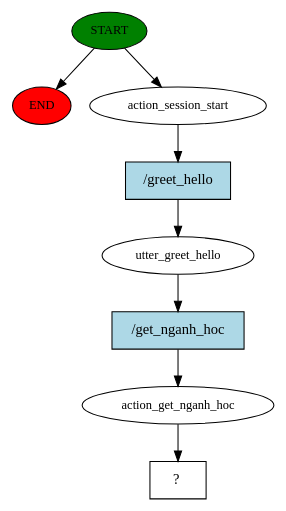
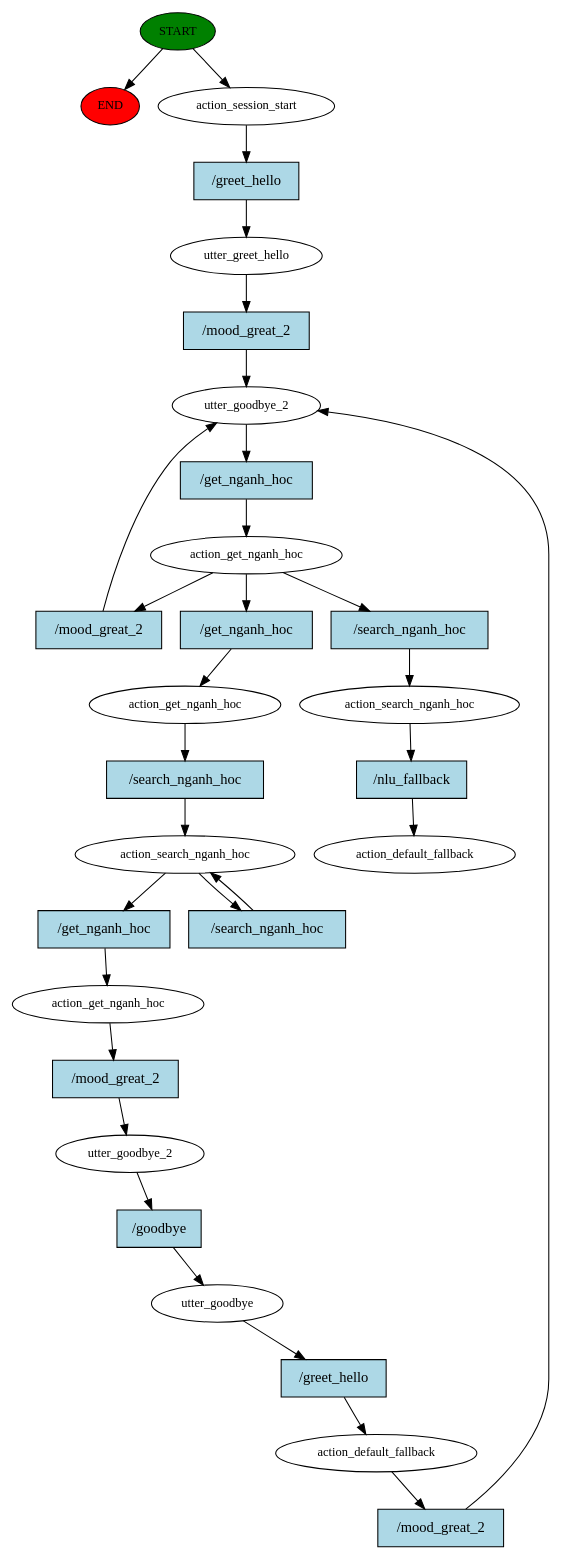
The diagram in story_graph.dot (Baoan007/khoaluan_tranbaoan), drawn with Graphviz before and after one commit. The commit also changed 14 other files, not shown here.

```diff
--- a/story_graph.dot
+++ b/story_graph.dot
@@ -1,17 +1,60 @@
 digraph  {
 0 [class="start active", fillcolor=green, fontsize=12, label=START, style=filled];
 "-1" [class=end, fillcolor=red, fontsize=12, label=END, style=filled];
 1 [class=active, fontsize=12, label=action_session_start];
 2 [class=active, fontsize=12, label=utter_greet_hello];
-3 [class=active, fontsize=12, label=action_get_nganh_hoc];
-4 [class="intent dashed active", label="  ?  ", shape=rect];
-5 [class="intent active", fillcolor=lightblue, label="/greet_hello", shape=rect, style=filled];
-6 [class="intent active", fillcolor=lightblue, label="/get_nganh_hoc", shape=rect, style=filled];
+3 [class=active, fontsize=12, label=utter_goodbye_2];
+4 [class=active, fontsize=12, label=action_get_nganh_hoc];
+7 [class=active, fontsize=12, label=action_get_nganh_hoc];
+8 [class=active, fontsize=12, label=action_search_nganh_hoc];
+10 [class=active, fontsize=12, label=action_get_nganh_hoc];
+11 [class=active, fontsize=12, label=utter_goodbye_2];
+12 [class=active, fontsize=12, label=utter_goodbye];
+13 [class=active, fontsize=12, label=action_default_fallback];
+16 [class=active, fontsize=12, label=action_search_nganh_hoc];
+17 [class="dashed active", fontsize=12, label=action_default_fallback];
+18 [class="intent active", fillcolor=lightblue, label="/greet_hello", shape=rect, style=filled];
+19 [class="intent active", fillcolor=lightblue, label="/mood_great_2", shape=rect, style=filled];
+20 [class="intent active", fillcolor=lightblue, label="/get_nganh_hoc", shape=rect, style=filled];
+21 [class="intent active", fillcolor=lightblue, label="/mood_great_2", shape=rect, style=filled];
+22 [class="intent active", fillcolor=lightblue, label="/get_nganh_hoc", shape=rect, style=filled];
+23 [class="intent active", fillcolor=lightblue, label="/search_nganh_hoc", shape=rect, style=filled];
+24 [class="intent active", fillcolor=lightblue, label="/search_nganh_hoc", shape=rect, style=filled];
+25 [class="intent active", fillcolor=lightblue, label="/get_nganh_hoc", shape=rect, style=filled];
+26 [class="intent active", fillcolor=lightblue, label="/search_nganh_hoc", shape=rect, style=filled];
+27 [class="intent active", fillcolor=lightblue, label="/mood_great_2", shape=rect, style=filled];
+28 [class="intent active", fillcolor=lightblue, label="/goodbye", shape=rect, style=filled];
+29 [class="intent active", fillcolor=lightblue, label="/greet_hello", shape=rect, style=filled];
+30 [class="intent active", fillcolor=lightblue, label="/mood_great_2", shape=rect, style=filled];
+31 [class="intent active", fillcolor=lightblue, label="/nlu_fallback", shape=rect, style=filled];
 0 -> "-1"  [class="", key=NONE, label=""];
 0 -> 1  [class=active, key=NONE, label=""];
-1 -> 5  [class=active, key=0];
-2 -> 6  [class=active, key=0];
-3 -> 4  [class=active, key=NONE, label=""];
-5 -> 2  [class=active, key=0];
-6 -> 3  [class=active, key=0];
+1 -> 18  [class=active, key=0];
+2 -> 19  [class=active, key=0];
+3 -> 20  [class=active, key=0];
+4 -> 21  [class=active, key=0];
+4 -> 22  [class=active, key=0];
+4 -> 23  [class=active, key=0];
+7 -> 24  [class=active, key=0];
+8 -> 25  [class=active, key=0];
+8 -> 26  [class=active, key=0];
+10 -> 27  [class=active, key=0];
+11 -> 28  [class=active, key=0];
+12 -> 29  [class=active, key=0];
+13 -> 30  [class=active, key=0];
+16 -> 31  [class=active, key=0];
+18 -> 2  [class=active, key=0];
+19 -> 3  [class=active, key=0];
+20 -> 4  [class=active, key=0];
+21 -> 3  [class=active, key=0];
+22 -> 7  [class=active, key=0];
+23 -> 16  [class=active, key=0];
+24 -> 8  [class=active, key=0];
+25 -> 10  [class=active, key=0];
+26 -> 8  [class=active, key=0];
+27 -> 11  [class=active, key=0];
+28 -> 12  [class=active, key=0];
+29 -> 13  [class=active, key=0];
+30 -> 3  [class=active, key=0];
+31 -> 17  [class=active, key=0];
 }
```
